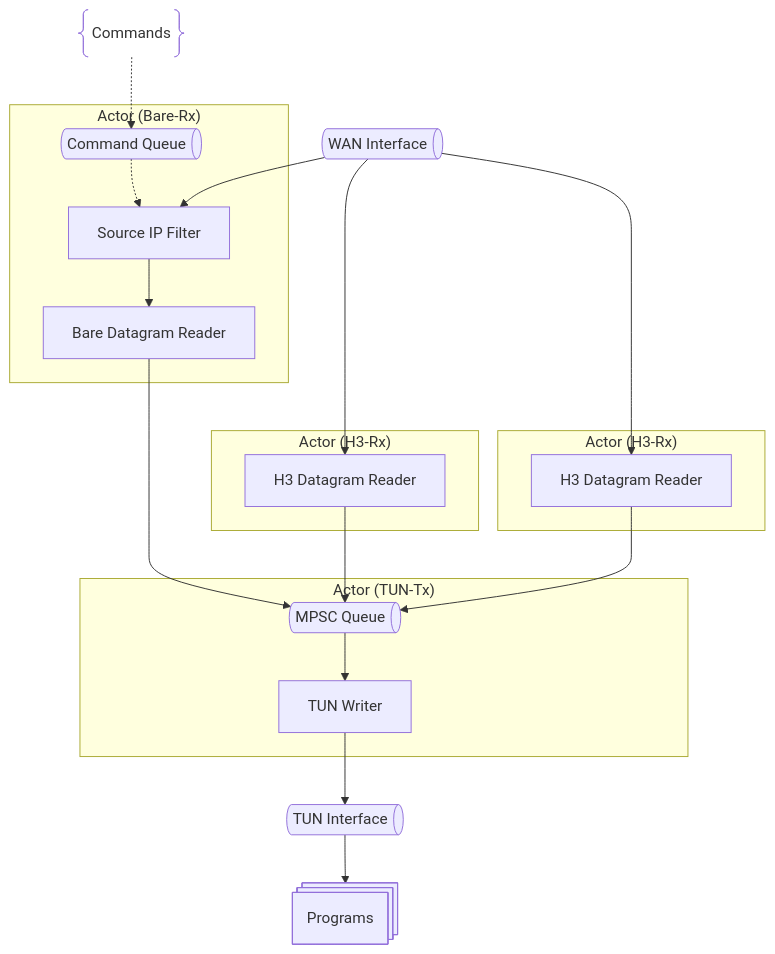
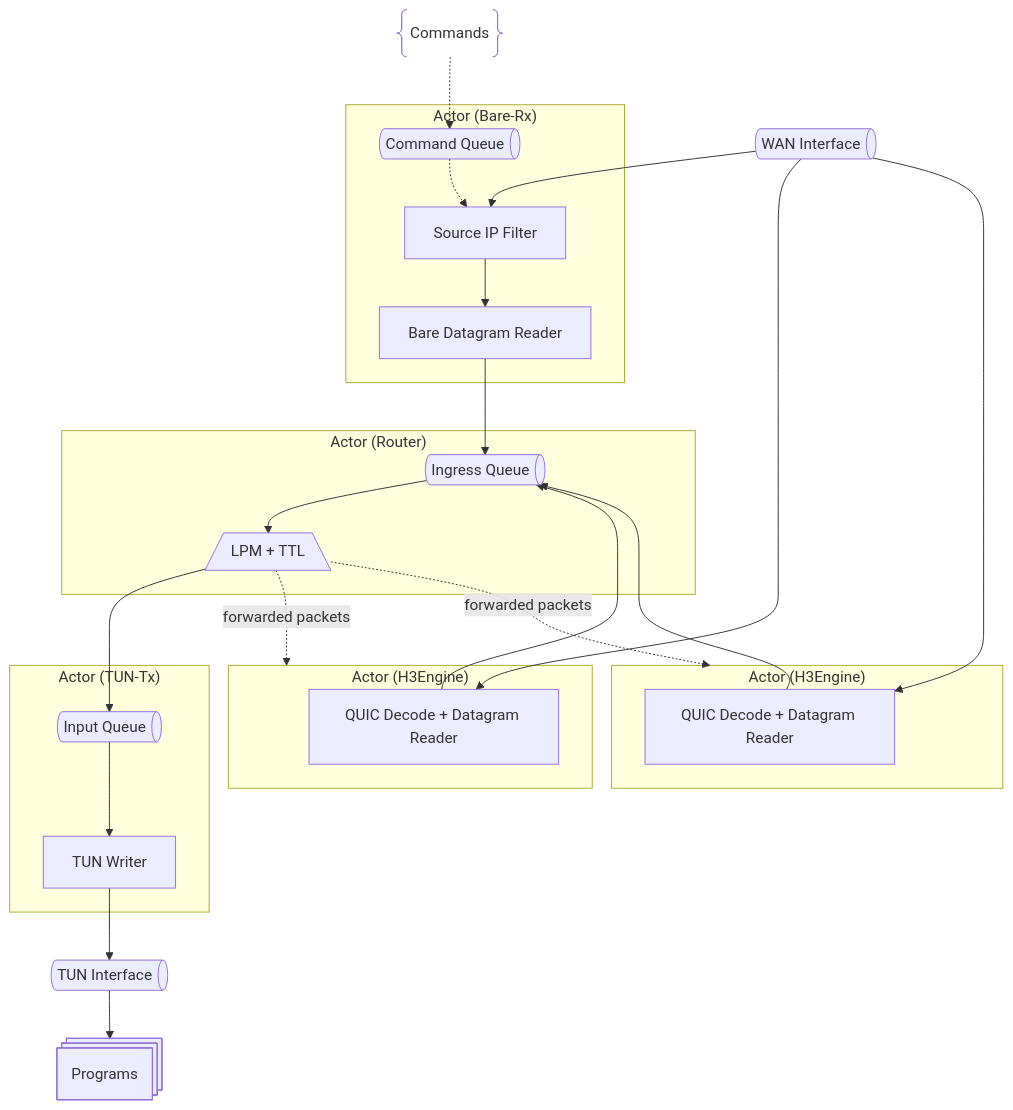
Before and after one commit to sands-lab/h3llo: the first of 3 diagrams in docs/internals.md, drawn with Mermaid. The commit also changed other lines of this file and 3 other files, not shown here.

````diff
--- a/docs/internals.md
+++ b/docs/internals.md
@@ -84,30 +84,36 @@
 ```mermaid
 flowchart TB
     wan[WAN Interface]@{shape: h-cyl}
     tun[TUN Interface]@{shape: h-cyl}
     prog[Programs]@{shape: processes}
     cmd["Commands"]@{shape: braces}
 
-    subgraph cr-h3-1["Actor (H3-Rx)"]
-        hr1[H3 Datagram Reader]
+    subgraph cr-h3-1["Actor (H3Engine)"]
+        hr1[QUIC Decode + Datagram Reader]
     end
 
-    subgraph cr-h3-2["Actor (H3-Rx)"]
-        hr2[H3 Datagram Reader]
+    subgraph cr-h3-2["Actor (H3Engine)"]
+        hr2[QUIC Decode + Datagram Reader]
     end
 
     subgraph cr-bare["Actor (Bare-Rx)"]
         bq[Command Queue]@{shape: h-cyl}
         bsf[Source IP Filter]
         br[Bare Datagram Reader]
     end
 
+    subgraph cr-router["Actor (Router)"]
+        rq[Ingress Queue]@{shape: h-cyl}
+        rlpm[/LPM + TTL\]
+    end
+
     subgraph cr-tun["Actor (TUN-Tx)"]
-        tq[MPSC Queue]@{shape: h-cyl}
+        tq[Input Queue]@{shape: h-cyl}
         tw[TUN Writer]
     end
 
-    wan --> bsf --> br ---> tq --> tw --> tun --> prog
-    wan --> hr1 & hr2 --> tq
+    wan --> bsf --> br --> rq --> rlpm --> tq --> tw --> tun --> prog
+    wan --> hr1 & hr2 --> rq
+    rlpm -. forwarded packets .-> cr-h3-1 & cr-h3-2
     cmd -.-> bq -.-> bsf
 ```
````
